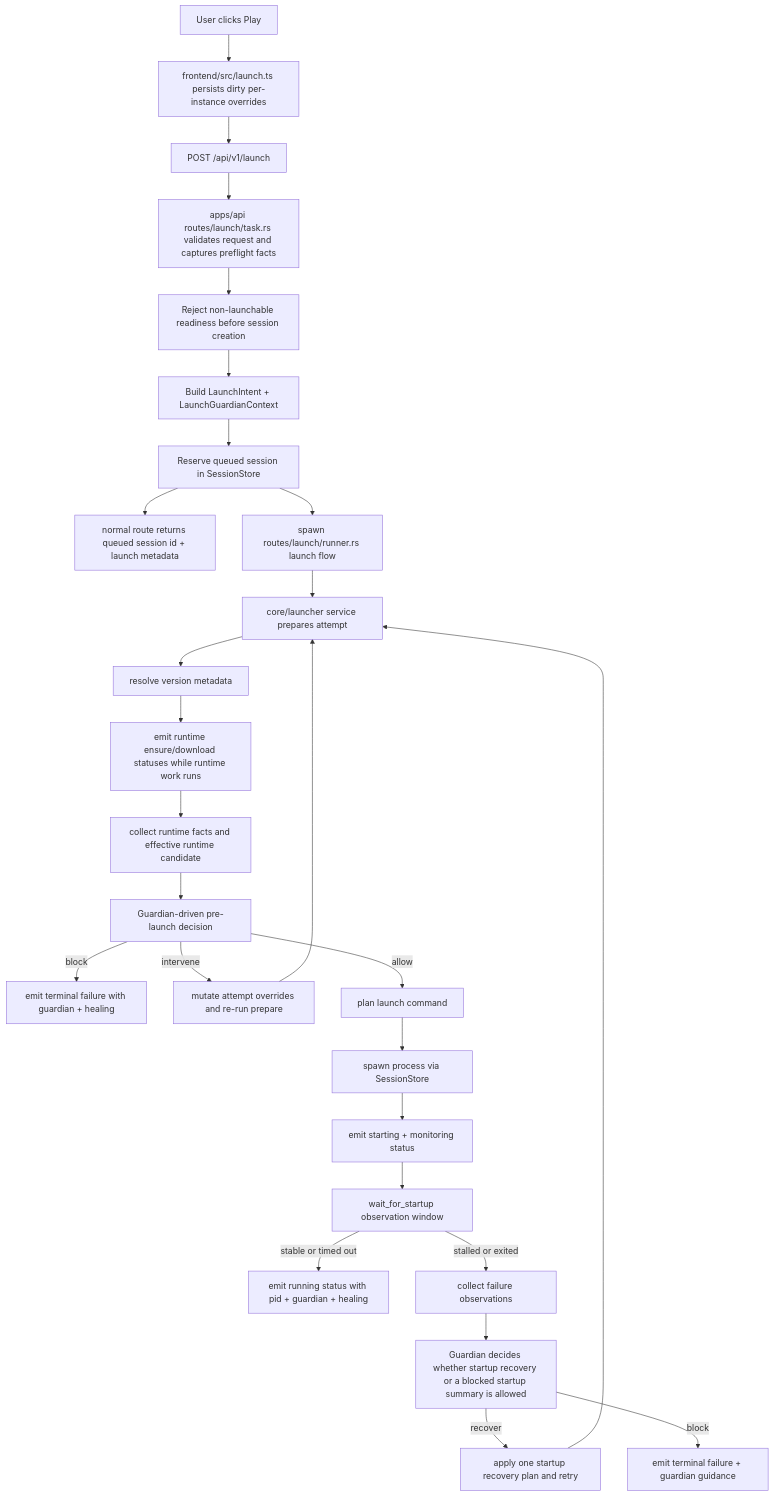
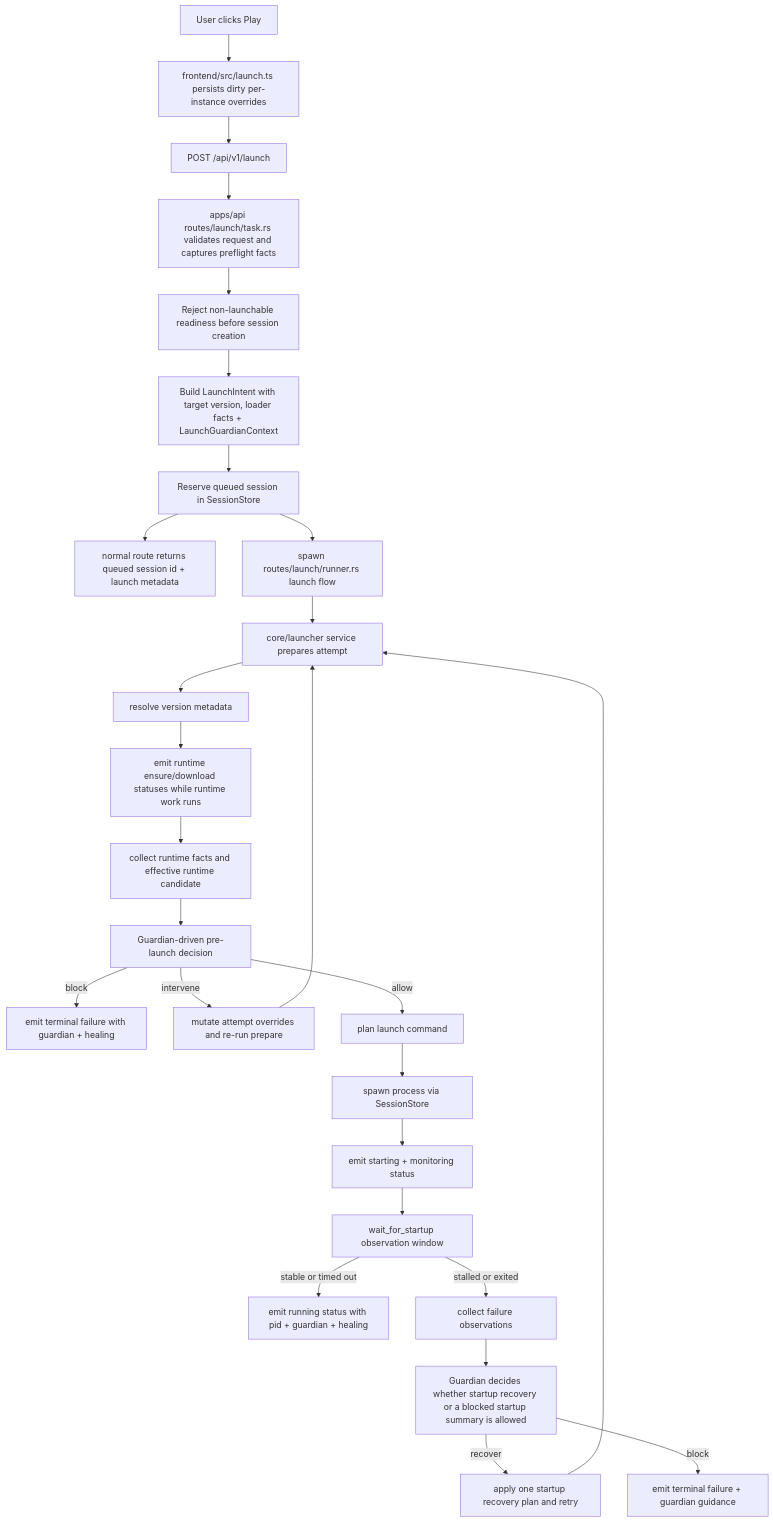
One commit to mateoltd/croopor changed the second of 9 diagrams in docs/ARCHITECTURE.md. Above: the diagram before and after it, drawn with Mermaid. The commit also changed other lines of this file and 42 other files, not shown here.

Commit message:
chore: clean up loader metadata and launch paths

````diff
--- a/docs/ARCHITECTURE.md
+++ b/docs/ARCHITECTURE.md
@@ -81,29 +81,29 @@
 ```mermaid
 flowchart TD
     A[User clicks Play] --> B[frontend/src/launch.ts persists dirty per-instance overrides]
     B --> C[POST /api/v1/launch]
     C --> D[apps/api routes/launch/task.rs validates request and captures preflight facts]
     D --> E[Reject non-launchable readiness before session creation]
-    E --> F[Build LaunchIntent + LaunchGuardianContext]
+    E --> F[Build LaunchIntent with target version, loader facts + LaunchGuardianContext]
     F --> G[Reserve queued session in SessionStore]
     G --> H[normal route returns queued session id + launch metadata]
     G --> I[spawn routes/launch/runner.rs launch flow]
     I --> J[core/launcher service prepares attempt]
     J --> K[resolve version metadata]
     K --> L[emit runtime ensure/download statuses while runtime work runs]
     L --> M[collect runtime facts and effective runtime candidate]
     M --> N[Guardian-driven pre-launch decision]
     N -->|block| O[emit terminal failure with guardian + healing]
     N -->|intervene| P[mutate attempt overrides and re-run prepare]
     N -->|allow| Q[plan launch command]
     P --> J
     Q --> R[spawn process via SessionStore]
     R --> S[emit starting + monitoring status]
     S --> T[wait_for_startup observation window]
     T -->|stable or timed out| U[emit running status with pid + guardian + healing]
     T -->|stalled or exited| V[collect failure observations]
     V --> W[Guardian decides whether startup recovery or a blocked startup summary is allowed]
     W -->|recover| X[apply one startup recovery plan and retry]
     W -->|block| Y[emit terminal failure + guardian guidance]
     X --> J
 ```
````
